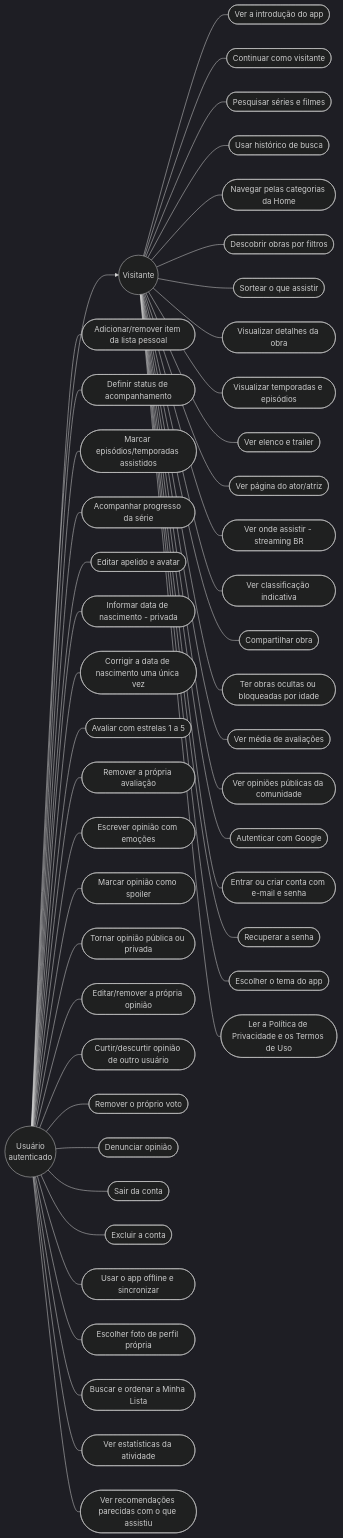
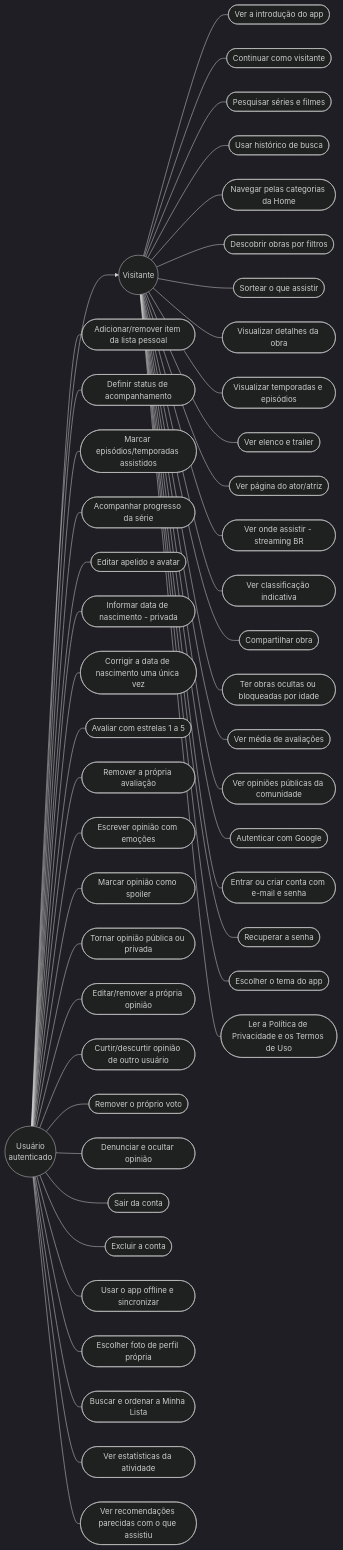
Before and after one commit to Lucksander/Seriando: the diagram in docs/casos-de-uso.md, drawn with Mermaid (dark theme). The commit also changed other lines of this file and 22 other files, not shown here.

````diff
--- a/docs/casos-de-uso.md
+++ b/docs/casos-de-uso.md
@@ -10,54 +10,54 @@
 ```mermaid
 graph LR
   Visitante((Visitante))
   Usuario((Usuário
   autenticado))
   Usuario --> Visitante
 
   Visitante --- UC25([Ver a introdução do app])
   Visitante --- UC26([Continuar como visitante])
   Visitante --- UC01([Pesquisar séries e filmes])
   Visitante --- UC30([Usar histórico de busca])
   Visitante --- UC27([Navegar pelas categorias da Home])
   Visitante --- UC28([Descobrir obras por filtros])
   Visitante --- UC29([Sortear o que assistir])
   Visitante --- UC02([Visualizar detalhes da obra])
   Visitante --- UC03([Visualizar temporadas e episódios])
   Visitante --- UC04([Ver elenco e trailer])
   Visitante --- UC31([Ver página do ator/atriz])
   Visitante --- UC05([Ver onde assistir - streaming BR])
   Visitante --- UC32([Ver classificação indicativa])
   Visitante --- UC33([Compartilhar obra])
   Visitante --- UC34([Ter obras ocultas ou bloqueadas por idade])
   Visitante --- UC06([Ver média de avaliações])
   Visitante --- UC07([Ver opiniões públicas da comunidade])
   Visitante --- UC08([Autenticar com Google])
   Visitante --- UC39([Entrar ou criar conta com e-mail e senha])
   Visitante --- UC40([Recuperar a senha])
   Visitante --- UC44([Escolher o tema do app])
   Visitante --- UC38([Ler a Política de Privacidade e os Termos de Uso])
 
   Usuario --- UC09([Adicionar/remover item da lista pessoal])
   Usuario --- UC10([Definir status de acompanhamento])
   Usuario --- UC11([Marcar episódios/temporadas assistidos])
   Usuario --- UC12([Acompanhar progresso da série])
   Usuario --- UC13([Editar apelido e avatar])
   Usuario --- UC14([Informar data de nascimento - privada])
   Usuario --- UC35([Corrigir a data de nascimento uma única vez])
   Usuario --- UC15([Avaliar com estrelas 1 a 5])
   Usuario --- UC16([Remover a própria avaliação])
   Usuario --- UC17([Escrever opinião com emoções])
   Usuario --- UC18([Marcar opinião como spoiler])
   Usuario --- UC19([Tornar opinião pública ou privada])
   Usuario --- UC20([Editar/remover a própria opinião])
   Usuario --- UC21([Curtir/descurtir opinião de outro usuário])
   Usuario --- UC22([Remover o próprio voto])
-  Usuario --- UC23([Denunciar opinião])
+  Usuario --- UC23([Denunciar e ocultar opinião])
   Usuario --- UC24([Sair da conta])
   Usuario --- UC36([Excluir a conta])
   Usuario --- UC37([Usar o app offline e sincronizar])
   Usuario --- UC41([Escolher foto de perfil própria])
   Usuario --- UC42([Buscar e ordenar a Minha Lista])
   Usuario --- UC43([Ver estatísticas da atividade])
   Usuario --- UC45([Ver recomendações parecidas com o que assistiu])
 ```
````
